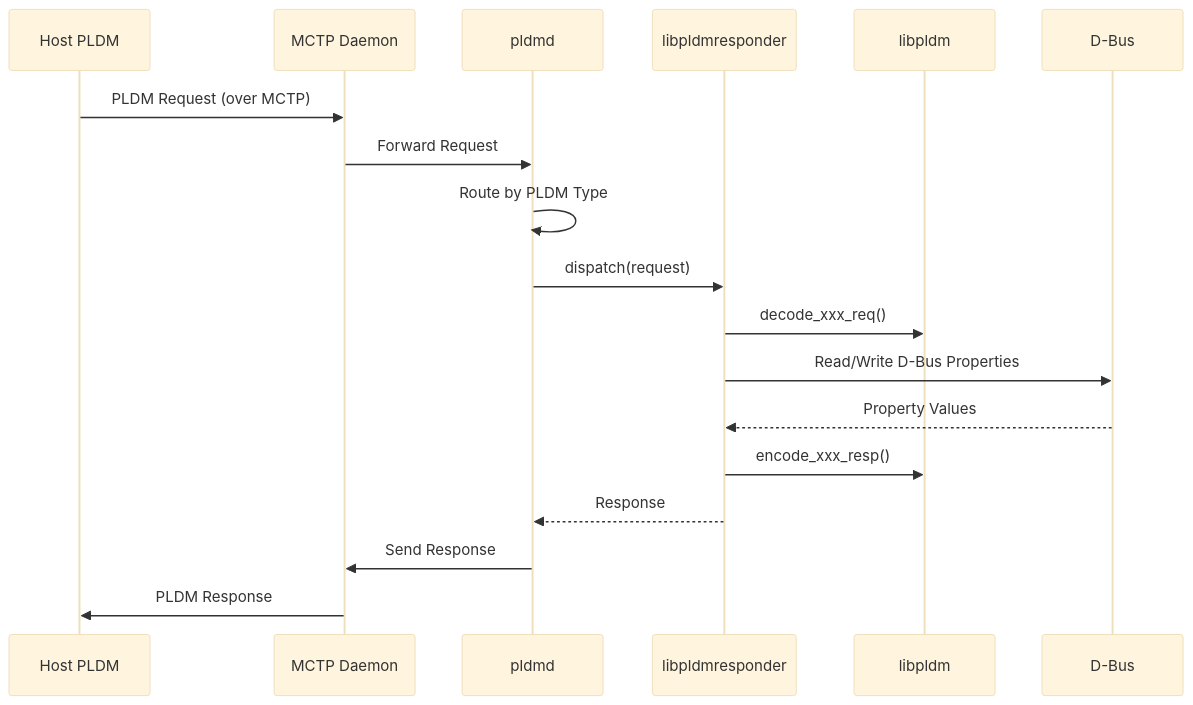
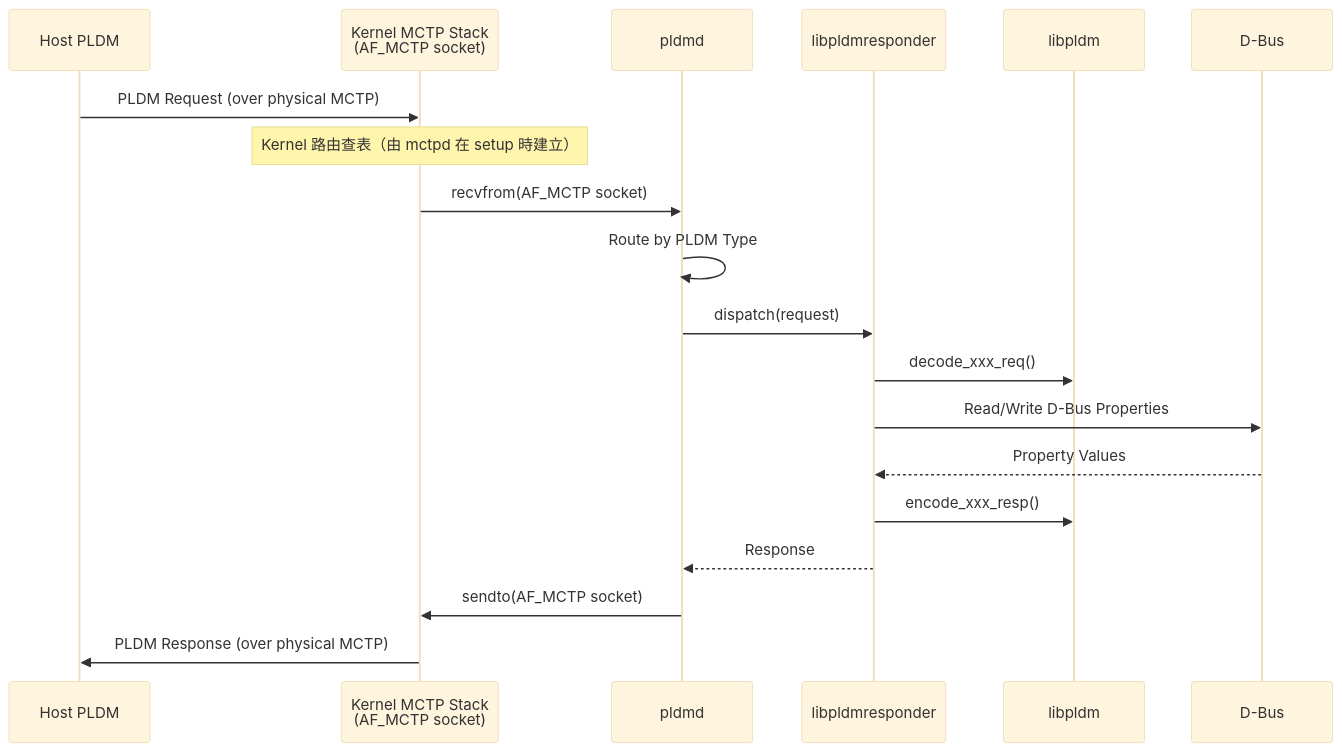
The fourth of 5 diagrams in pldm/Architecture.md (chilung-cgu/bmc-firmware-knowledge-base), drawn with Mermaid (base theme) before and after one commit. The commit also changed other lines of this file and 4 other files, not shown here.

First line of the commit message:
docs(pldm): 修正 mctpd/mctp-demux 架構混淆與流程圖

````diff
--- a/pldm/Architecture.md
+++ b/pldm/Architecture.md
@@ -234,21 +242,22 @@
 ```mermaid
 sequenceDiagram
     participant Host as Host PLDM
-    participant MCTP as MCTP Daemon
+    participant KernelMCTP as Kernel MCTP Stack<br/>(AF_MCTP socket)
     participant pldmd as pldmd
     participant Handler as libpldmresponder
     participant libpldm as libpldm
     participant DBus as D-Bus
 
-    Host->>MCTP: PLDM Request (over MCTP)
-    MCTP->>pldmd: Forward Request
+    Host->>KernelMCTP: PLDM Request (over physical MCTP)
+    Note over KernelMCTP: Kernel 路由查表（由 mctpd 在 setup 時建立）
+    KernelMCTP->>pldmd: recvfrom(AF_MCTP socket)
     pldmd->>pldmd: Route by PLDM Type
     pldmd->>Handler: dispatch(request)
     Handler->>libpldm: decode_xxx_req()
     Handler->>DBus: Read/Write D-Bus Properties
     DBus-->>Handler: Property Values
     Handler->>libpldm: encode_xxx_resp()
     Handler-->>pldmd: Response
-    pldmd->>MCTP: Send Response
-    MCTP->>Host: PLDM Response
+    pldmd->>KernelMCTP: sendto(AF_MCTP socket)
+    KernelMCTP->>Host: PLDM Response (over physical MCTP)
 ```
````
